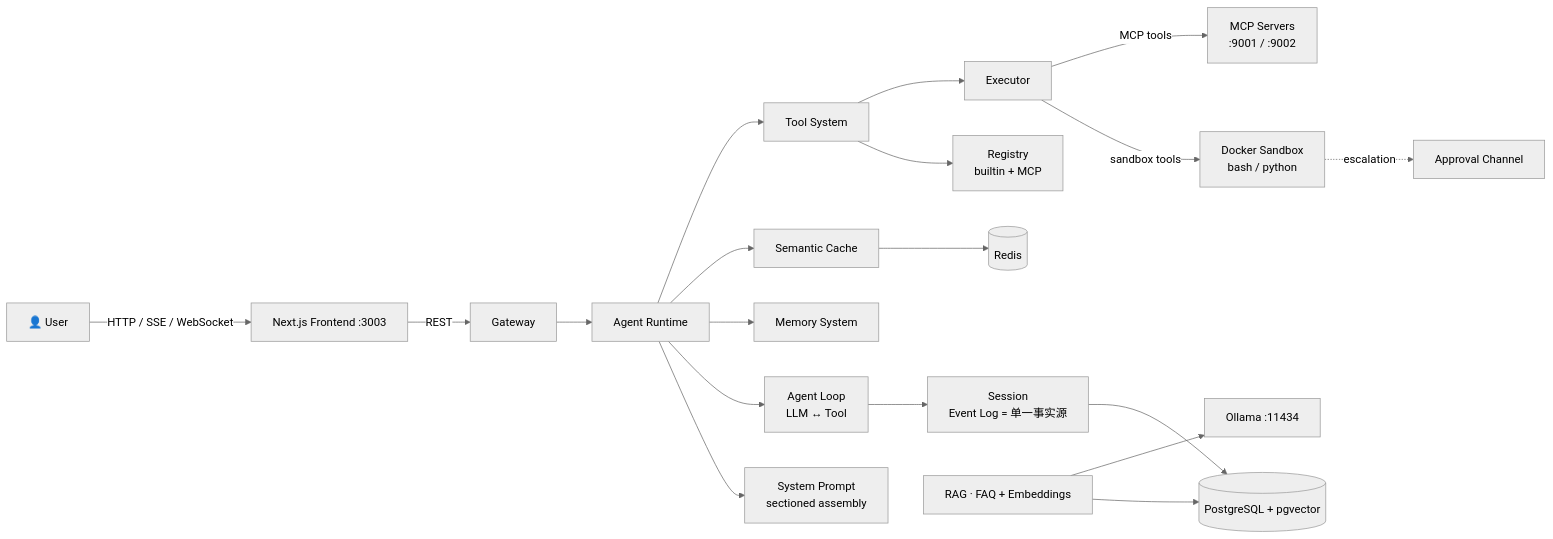
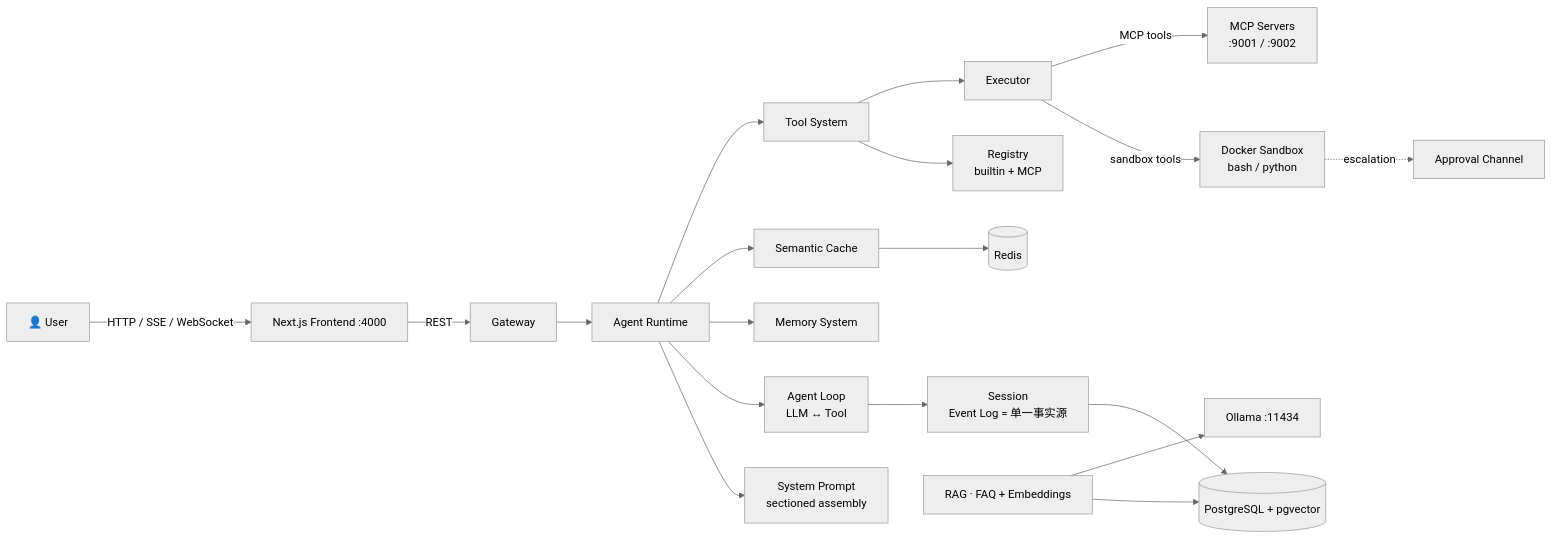
Before and after one commit to nandalock/agent-low-code-platform: the diagram in README.md, drawn with Mermaid (neutral theme). The commit also changed other lines of this file and 17 other files, not shown here.

````diff
--- a/README.md
+++ b/README.md
@@ -95,21 +95,21 @@
 ```mermaid
 flowchart LR
-    U[👤 User] -->|HTTP / SSE / WebSocket| F[Next.js Frontend :3003]
+    U[👤 User] -->|HTTP / SSE / WebSocket| F[Next.js Frontend :4000]
     F -->|REST| G[Gateway]
     G --> A[Agent Runtime]
     A --> SP[System Prompt<br/>sectioned assembly]
     A --> AL[Agent Loop<br/>LLM ↔ Tool]
     AL --> S[Session<br/>Event Log = 单一事实源]
     S --> P[(PostgreSQL + pgvector)]
     A --> M[Memory System]
     A --> C[Semantic Cache]
     C --> R[(Redis)]
     A --> TS[Tool System]
     TS --> TR[Registry<br/>builtin + MCP]
     TS --> EX[Executor]
     EX -->|sandbox tools| SB[Docker Sandbox<br/>bash / python]
     EX -->|MCP tools| MCP[MCP Servers<br/>:9001 / :9002]
     SB -.escalation.-> AP[Approval Channel]
     K[RAG · FAQ + Embeddings] --> P
     K --> O[Ollama :11434]
 ```
````
